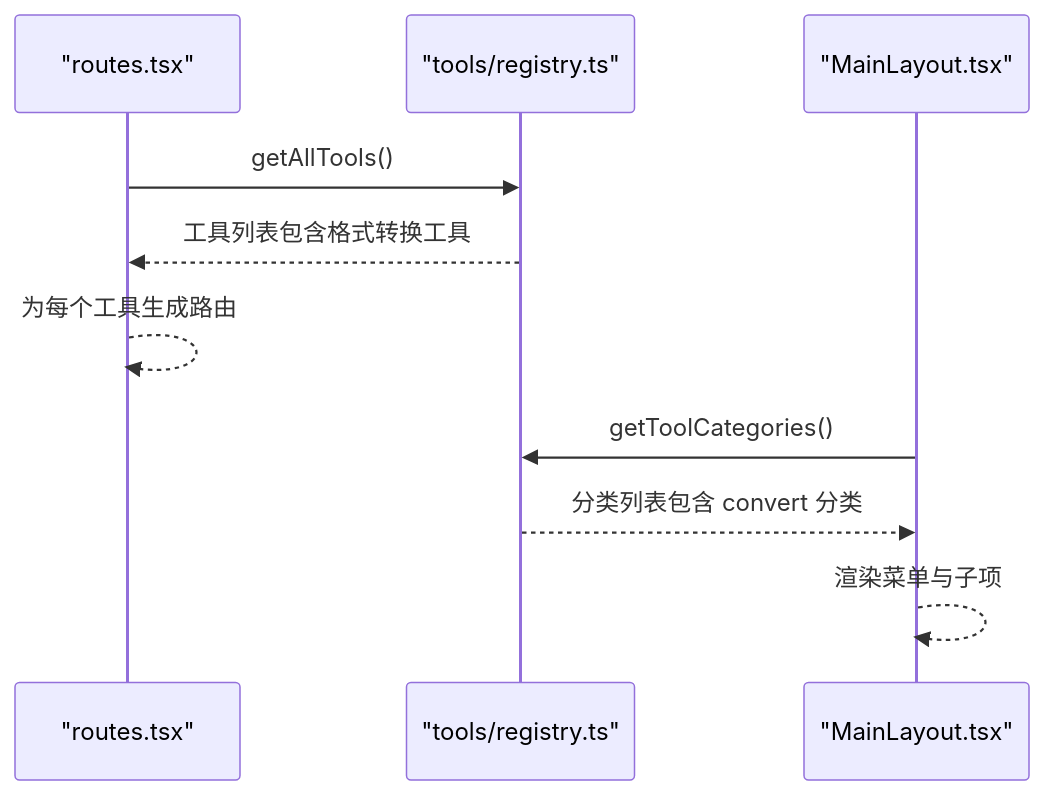
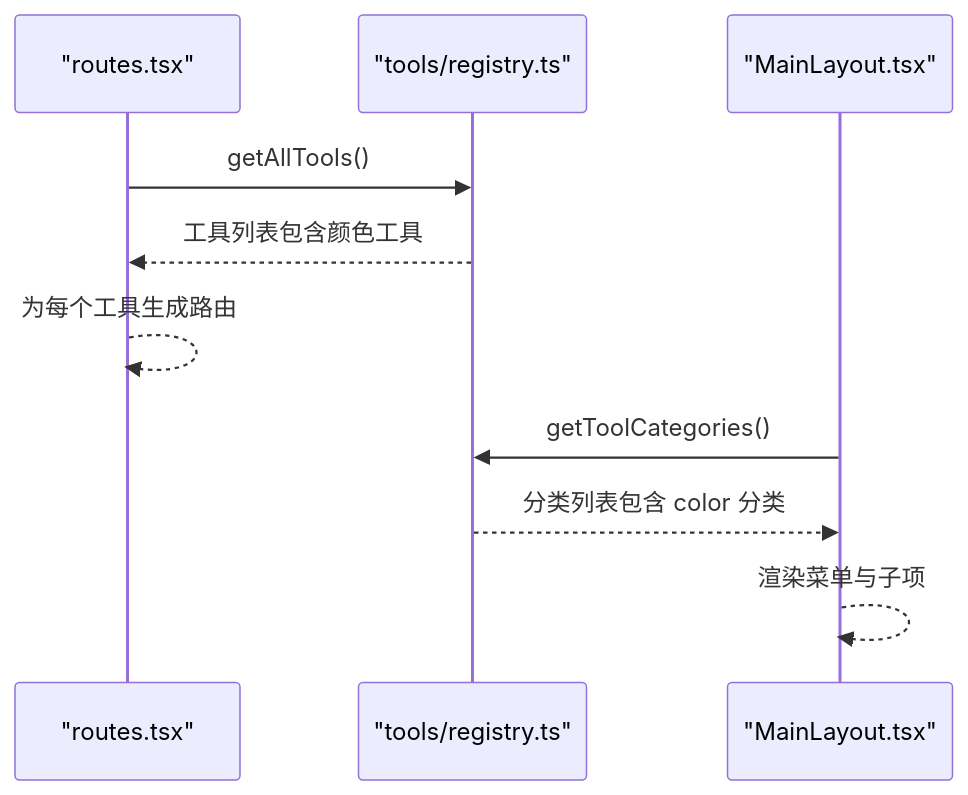
Before and after one commit to xkdaq/XKUtil: diagram 11 of 12 in .qoder/repowiki/zh/content/工具系统/工具系统.md, drawn with Mermaid. The commit also changed other lines of this file and 7 other files, not shown here.

````diff
--- a/.qoder/repowiki/zh/content/工具系统/工具系统.md
+++ b/.qoder/repowiki/zh/content/工具系统/工具系统.md
@@ -505,12 +552,12 @@
 ```mermaid
 sequenceDiagram
 participant Routes as "routes.tsx"
 participant Registry as "tools/registry.ts"
 participant Layout as "MainLayout.tsx"
 Routes->>Registry : getAllTools()
-Registry-->>Routes : 工具列表包含格式转换工具
+Registry-->>Routes : 工具列表包含颜色工具
 Routes-->>Routes : 为每个工具生成路由
 Layout->>Registry : getToolCategories()
-Registry-->>Layout : 分类列表包含 convert 分类
+Registry-->>Layout : 分类列表包含 color 分类
 Layout-->>Layout : 渲染菜单与子项
 ```
````
